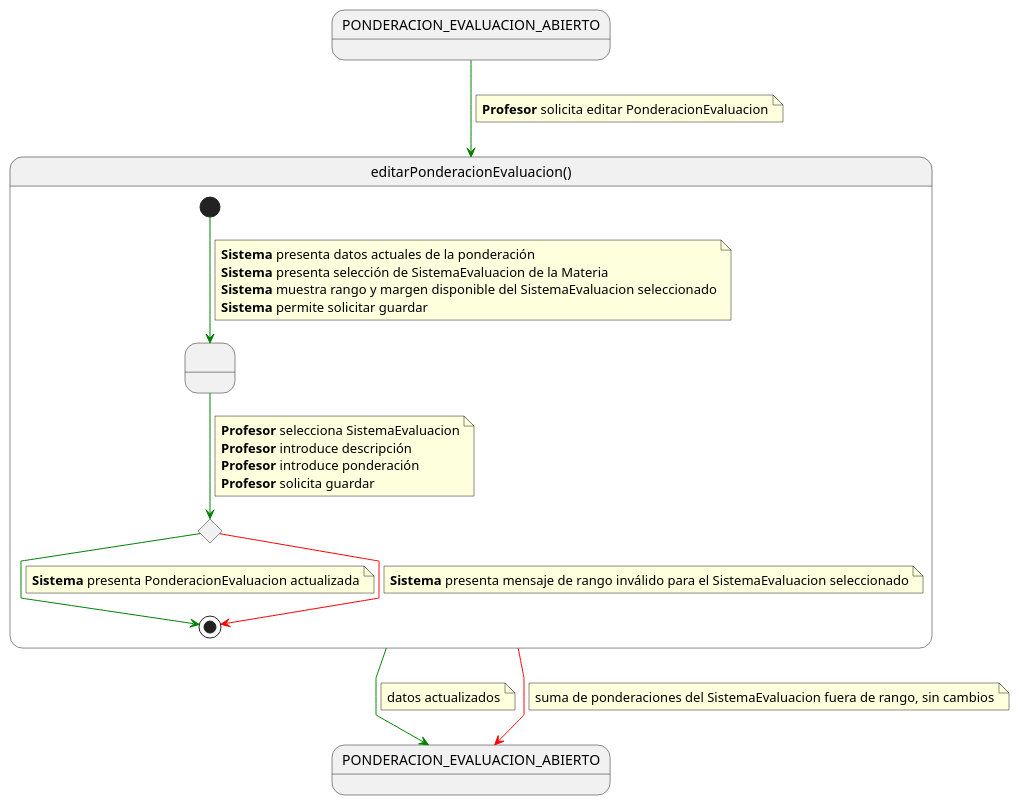
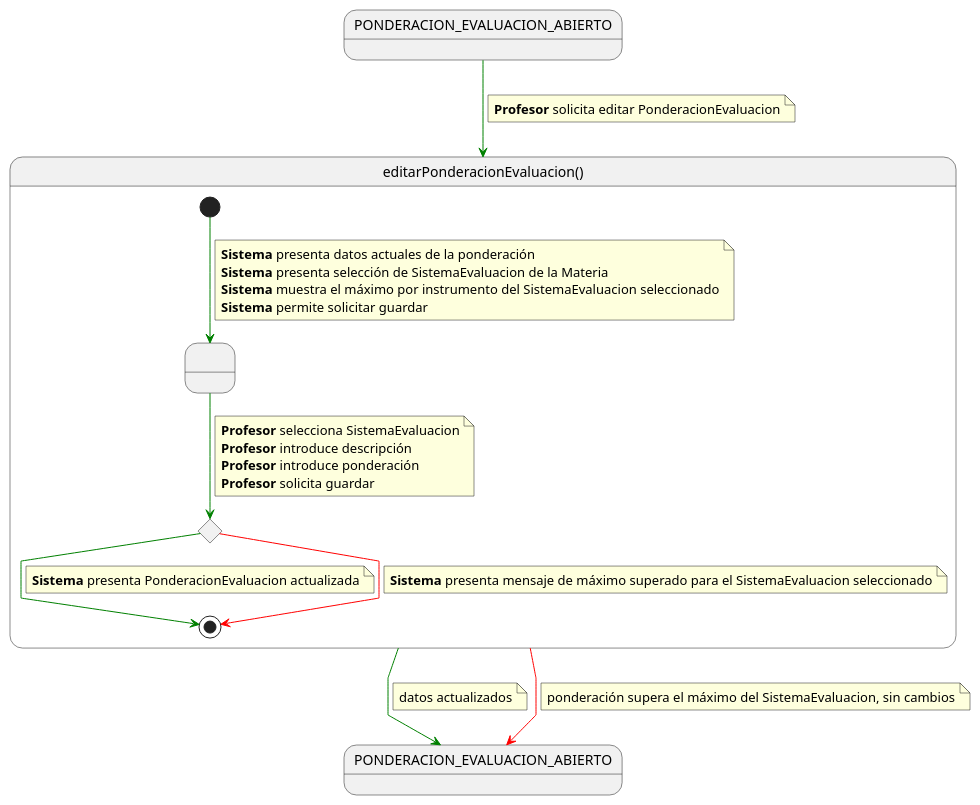
The diagram in RUP/01-requisitos/03-detalle-casos-uso/editarPonderacionEvaluacion/especificacion.puml (mmasias/pyCeldaPublico), drawn with PlantUML before and after one commit. The commit also changed 14 other files, not shown here.

```diff
--- a/RUP/01-requisitos/03-detalle-casos-uso/editarPonderacionEvaluacion/especificacion.puml
+++ b/RUP/01-requisitos/03-detalle-casos-uso/editarPonderacionEvaluacion/especificacion.puml
@@ -1,55 +1,55 @@
 @startuml editarPonderacionEvaluacion
 
 skinparam linetype polyline
 
 state PONDERACION_EVALUACION_ABIERTO
 state PONDERACION_EVALUACION_ABIERTO_SALIDA as "PONDERACION_EVALUACION_ABIERTO"
 
 PONDERACION_EVALUACION_ABIERTO -[#green]-> editarPonderacionEvaluacion
 note on link
 <b>Profesor</b> solicita editar PonderacionEvaluacion
 end note
 
 state editarPonderacionEvaluacion as "editarPonderacionEvaluacion()" {
 
     state " " as EditandoDatos
     state c <<choice>>
 
     [*] -[#green]-> EditandoDatos
     note on link
     <b>Sistema</b> presenta datos actuales de la ponderación
     <b>Sistema</b> presenta selección de SistemaEvaluacion de la Materia
-    <b>Sistema</b> muestra rango y margen disponible del SistemaEvaluacion seleccionado
+    <b>Sistema</b> muestra el máximo por instrumento del SistemaEvaluacion seleccionado
     <b>Sistema</b> permite solicitar guardar
     end note
 
     EditandoDatos -[#green]-> c
     note on link
     <b>Profesor</b> selecciona SistemaEvaluacion
     <b>Profesor</b> introduce descripción
     <b>Profesor</b> introduce ponderación
     <b>Profesor</b> solicita guardar
     end note
 
     c -[#green]-> [*]
     note on link
     <b>Sistema</b> presenta PonderacionEvaluacion actualizada
     end note
 
     c -[#red]-> [*]
     note on link
-    <b>Sistema</b> presenta mensaje de rango inválido para el SistemaEvaluacion seleccionado
+    <b>Sistema</b> presenta mensaje de máximo superado para el SistemaEvaluacion seleccionado
     end note
 }
 
 editarPonderacionEvaluacion -[#green]-> PONDERACION_EVALUACION_ABIERTO_SALIDA
 note on link
 datos actualizados
 end note
 
 editarPonderacionEvaluacion -[#red]-> PONDERACION_EVALUACION_ABIERTO_SALIDA
 note on link
-suma de ponderaciones del SistemaEvaluacion fuera de rango, sin cambios
+ponderación supera el máximo del SistemaEvaluacion, sin cambios
 end note
 
 @enduml
```
